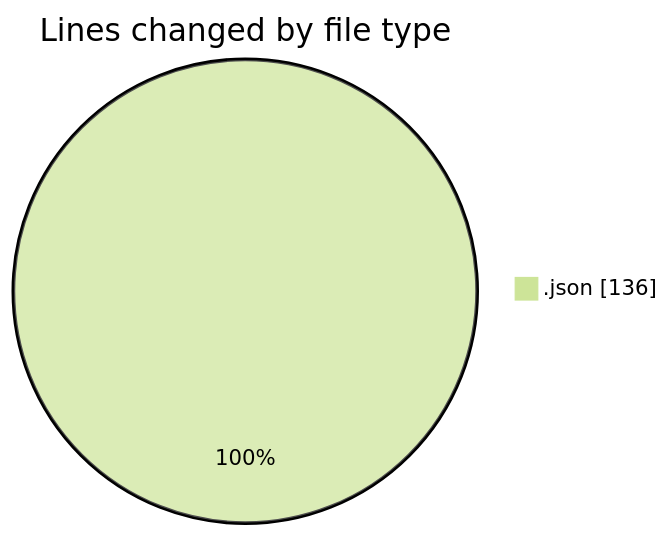
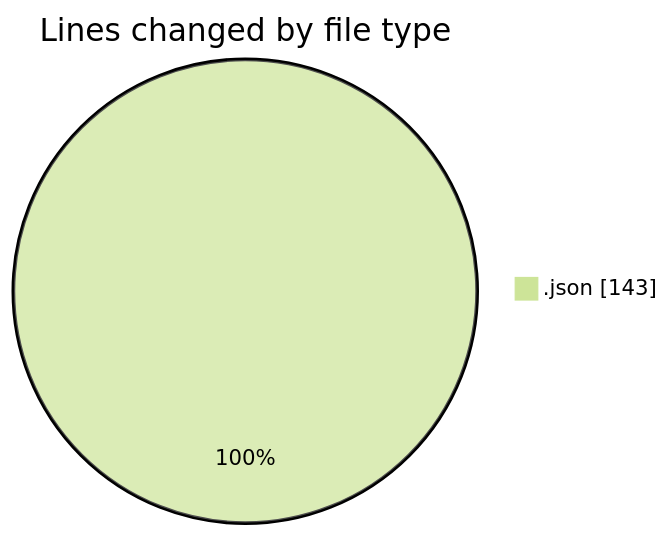
One commit to Unknowalive/code-tracking changed the first of 2 diagrams in 2026-08-25/immersive_codes/README.md. Above: the diagram before and after it, drawn with Mermaid (forest theme). The commit also changed other lines of this file and 1 other file, not shown here.

````diff
--- a/2026-08-25/immersive_codes/README.md
+++ b/2026-08-25/immersive_codes/README.md
@@ -20,5 +20,5 @@
 ```mermaid
 pie showData
 title Lines changed by file type
-".json" : 136
+".json" : 143
 ```
````
